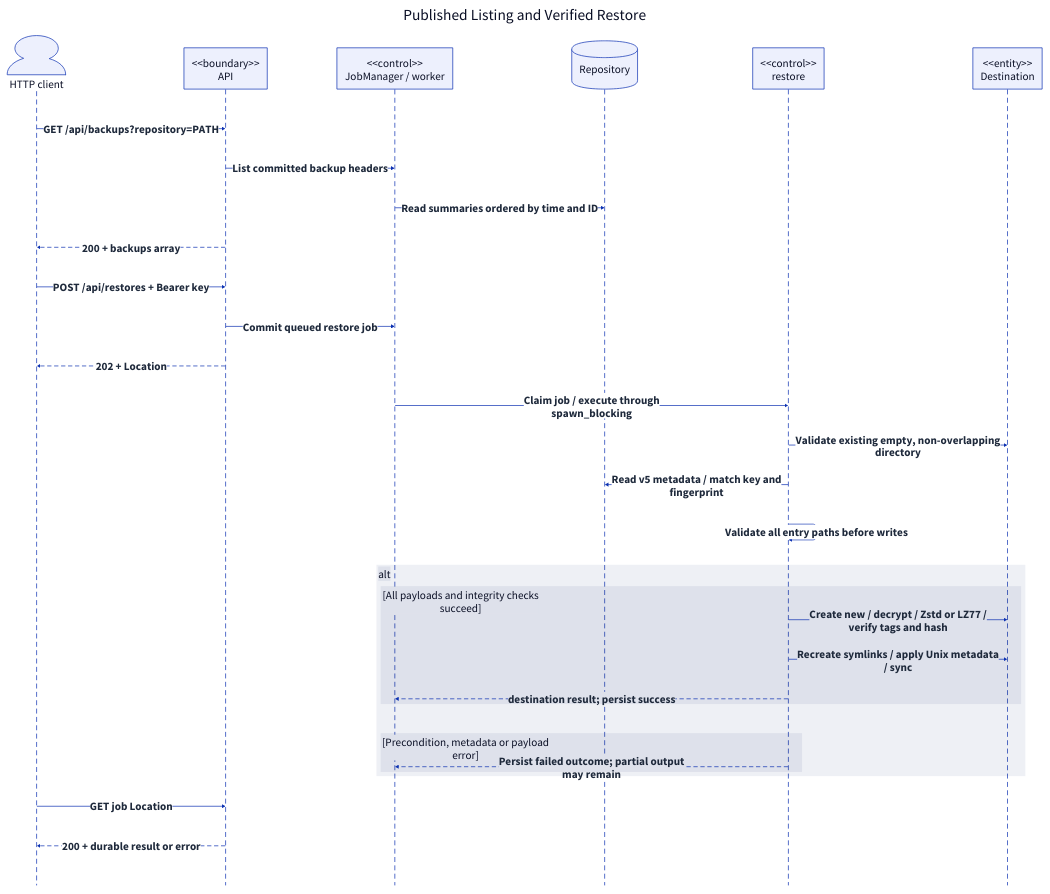
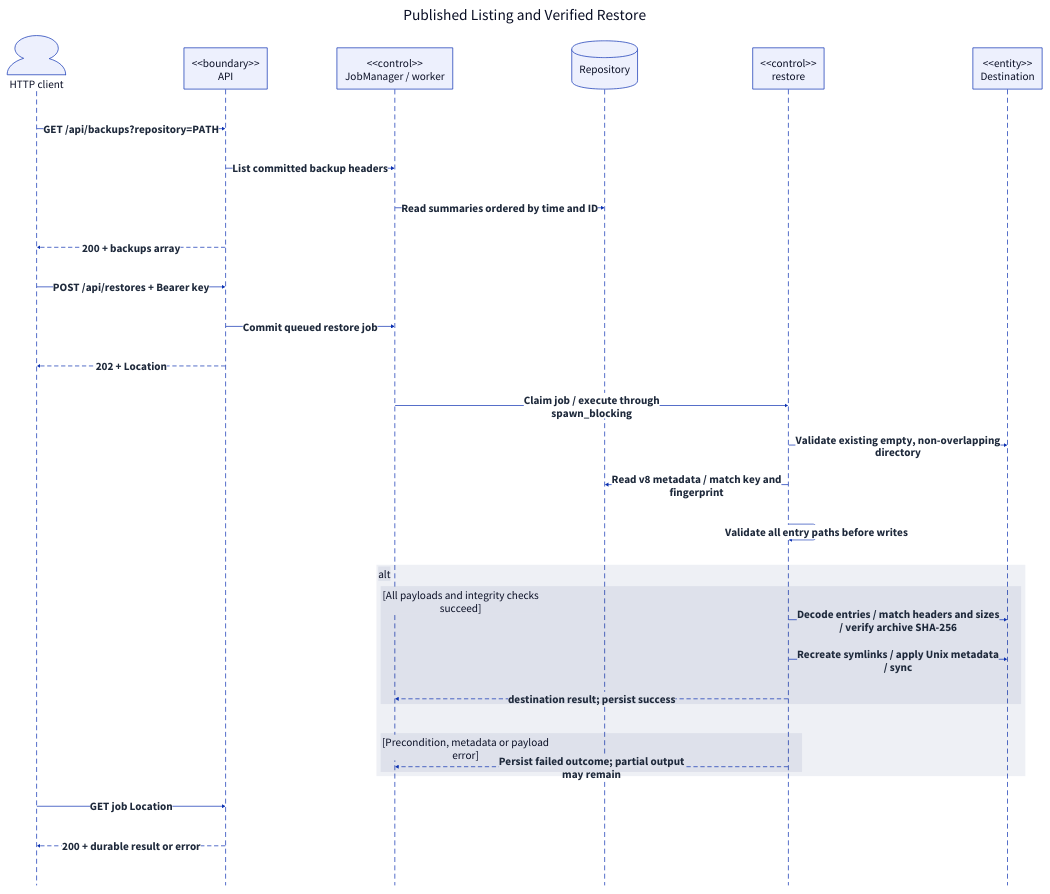
Before and after one commit to qi7876/software-development-exp: the diagram in docs/report/generated/system-sequence-restore.d2, drawn with D2. The commit also changed 28 other files, not shown here.

```diff
--- a/docs/report/generated/system-sequence-restore.d2
+++ b/docs/report/generated/system-sequence-restore.d2
@@ -1,41 +1,41 @@
 # Generated from docs/report/model.yaml; do not edit directly.
 direction: down
 **.style.font-size: 32
 (** -> **)[*].style: {font-size: 32; bold: true; italic: false; font-color: "#1E293B"}
 (** -- **)[*].style: {font-size: 32; bold: true; italic: false; font-color: "#1E293B"}
 (** <- **)[*].style: {font-size: 32; bold: true; italic: false; font-color: "#1E293B"}
 diagram: "Published Listing and Verified Restore" {
   style.font-size: 44
   style.fill: white
   style.stroke: transparent
   shape: sequence_diagram
   Client: "HTTP client" {shape: person}
   API: "<<boundary>>\nAPI" {shape: rectangle}
   Jobs: "<<control>>\nJobManager / worker" {shape: rectangle}
   Repo: "Repository" {shape: cylinder}
   Restore: "<<control>>\nrestore" {shape: rectangle}
   Dest: "<<entity>>\nDestination" {shape: rectangle}
   Client -> API: "GET /api/backups?repository=PATH"
   API -> Jobs: "List committed backup headers"
   Jobs -> Repo: "Read summaries ordered by time and ID"
   API -> Client: "200 + backups array" {style.stroke-dash: 5}
   Client -> API: "POST /api/restores + Bearer key"
   API -> Jobs: "Commit queued restore job"
   API -> Client: "202 + Location" {style.stroke-dash: 5}
   Jobs -> Restore: "Claim job / execute through\nspawn_blocking"
   Restore -> Dest: "Validate existing empty, non-overlapping\ndirectory"
-  Restore -> Repo: "Read v5 metadata / match key and\nfingerprint"
+  Restore -> Repo: "Read v8 metadata / match key and\nfingerprint"
   Restore -> Restore: "Validate all entry paths before writes"
   fragment_11: alt {
     branch_11: "[All payloads and integrity checks\nsucceed]" {
-      Restore -> Dest: "Create new / decrypt / Zstd or LZ77 /\nverify tags and hash"
+      Restore -> Dest: "Decode entries / match headers and sizes\n/ verify archive SHA-256"
       Restore -> Dest: "Recreate symlinks / apply Unix metadata\n/ sync"
       Restore -> Jobs: "destination result; persist success" {style.stroke-dash: 5}
     }
     branch_15: "[Precondition, metadata or payload\nerror]" {
       Restore -> Jobs: "Persist failed outcome; partial output\nmay remain" {style.stroke-dash: 5}
     }
   }
   Client -> API: "GET job Location"
   API -> Client: "200 + durable result or error" {style.stroke-dash: 5}
 }
```
